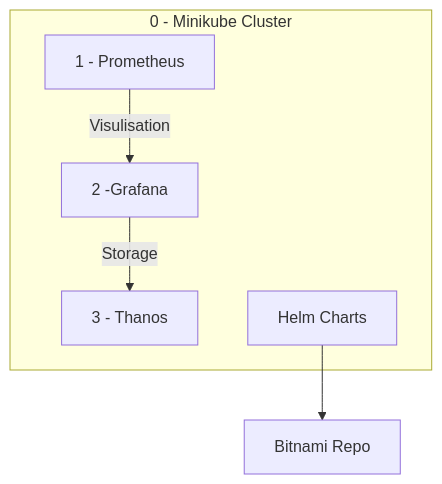
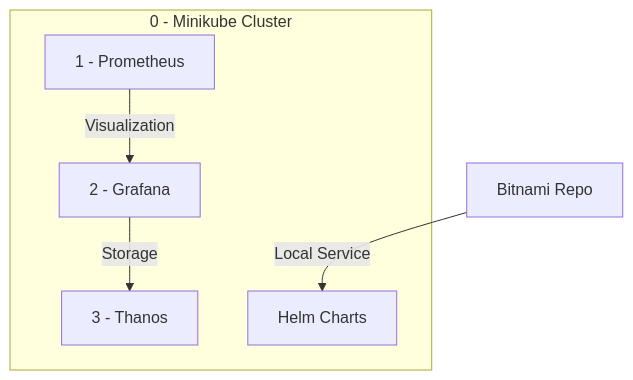
Before and after one commit to YakubPlayground/Thanos-write-env: the diagram in markdowns/create/mermaid.md, drawn with Mermaid. The commit also changed other lines of this file, not shown here.

Commit message:
update the mermaid

````diff
--- a/markdowns/create/mermaid.md
+++ b/markdowns/create/mermaid.md
@@ -1,11 +1,11 @@
 ```mermaid
 graph TD
-    B[1 - Prometheus] -->|Visulisation| C[2 -Grafana] --> |Storage| A[3 - Thanos]
+    B[1 - Prometheus] -->|Visualization| C[2 - Grafana] --> |Storage| A[3 - Thanos]
     subgraph 0 - Minikube Cluster
         A
         B
         C
         E
     end
-    E[Helm  Charts] --> D[Bitnami Repo]
+    D[Bitnami Repo] --> |Local Service| E[Helm Charts]
 ```
````
